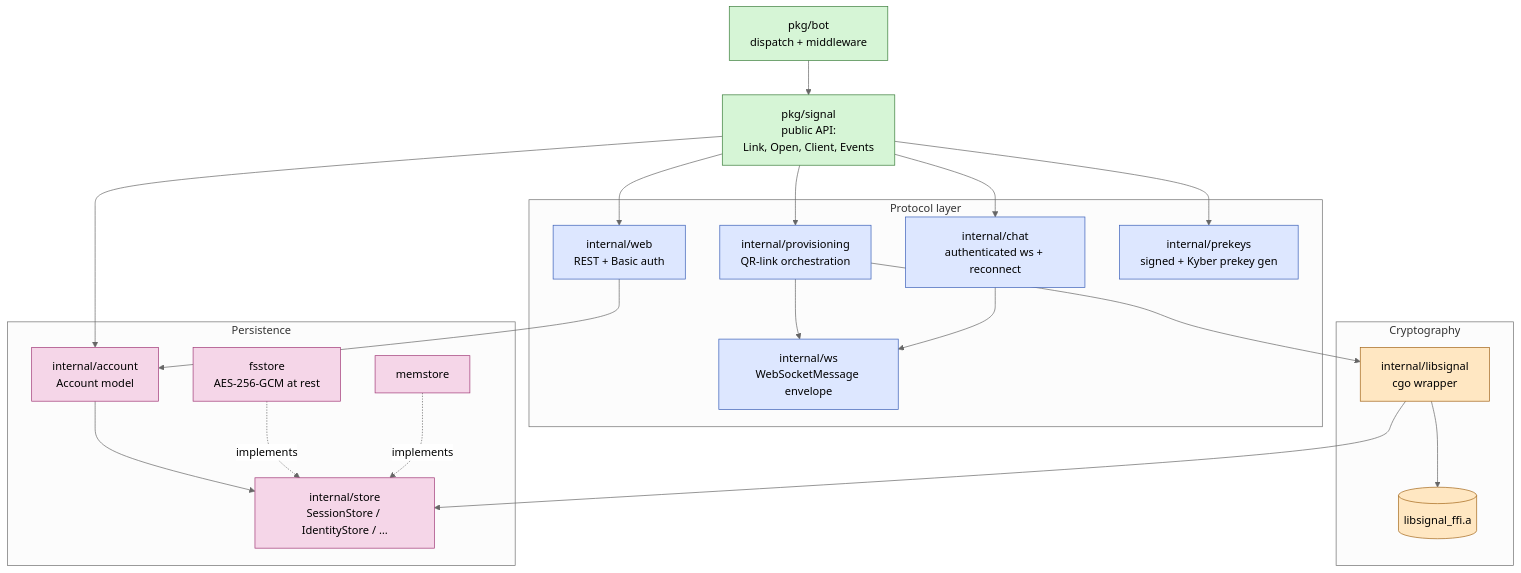
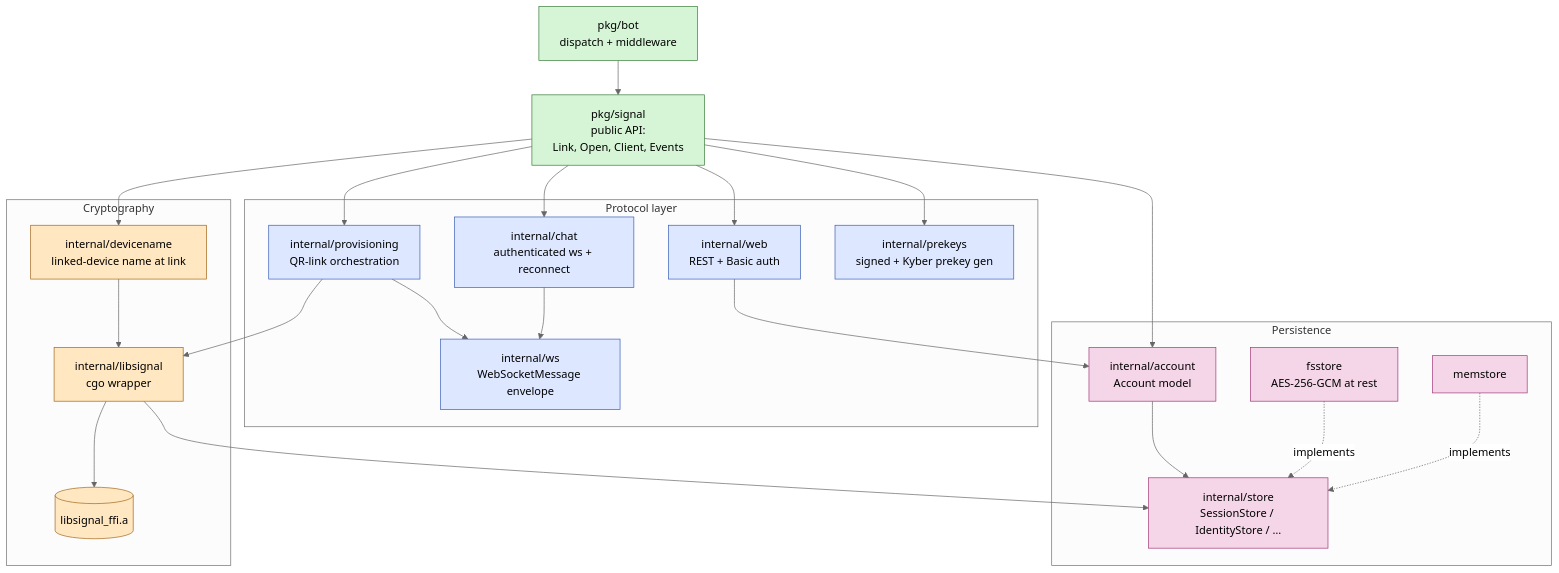
The diagram in docs/diagrams/architecture.md (thehappydinoa/signal-go), drawn with Mermaid (neutral theme) before and after one commit. The commit also changed other lines of this file and 18 other files, not shown here.

````diff
--- a/docs/diagrams/architecture.md
+++ b/docs/diagrams/architecture.md
@@ -8,50 +8,53 @@
 ```mermaid
 flowchart TB
     bot[pkg/bot<br/>dispatch + middleware]
     sig[pkg/signal<br/>public API:<br/>Link, Open, Client, Events]
 
     subgraph protocol [Protocol layer]
         prov[internal/provisioning<br/>QR-link orchestration]
         chat[internal/chat<br/>authenticated ws + reconnect]
         web[internal/web<br/>REST + Basic auth]
         ws[internal/ws<br/>WebSocketMessage envelope]
         prekeys[internal/prekeys<br/>signed + Kyber prekey gen]
     end
 
     subgraph crypto [Cryptography]
         ls[internal/libsignal<br/>cgo wrapper]
+        dn[internal/devicename<br/>linked-device name at link]
         ffi[(libsignal_ffi.a)]
     end
 
     subgraph storage [Persistence]
         account[internal/account<br/>Account model]
         store[internal/store<br/>SessionStore / IdentityStore / …]
         fs[fsstore<br/>AES-256-GCM at rest]
         mem[memstore]
     end
 
     bot --> sig
     sig --> prov
     sig --> chat
     sig --> web
     sig --> account
     sig --> prekeys
+    sig --> dn
     prov --> ws
     prov --> ls
+    dn --> ls
     chat --> ws
     web --> account
     ls --> ffi
     ls --> store
     account --> store
     fs -. implements .-> store
     mem -. implements .-> store
 
     classDef pub fill:#d6f5d6,stroke:#3a7d3a,color:#000;
     classDef proto fill:#dde7ff,stroke:#3a5fb8,color:#000;
     classDef cry fill:#ffe7c2,stroke:#a3661a,color:#000;
     classDef per fill:#f5d6e8,stroke:#a13a78,color:#000;
     class bot,sig pub;
     class prov,chat,web,ws,prekeys proto;
-    class ls,ffi cry;
+    class ls,dn,ffi cry;
     class store,fs,mem,account per;
 ```
````
